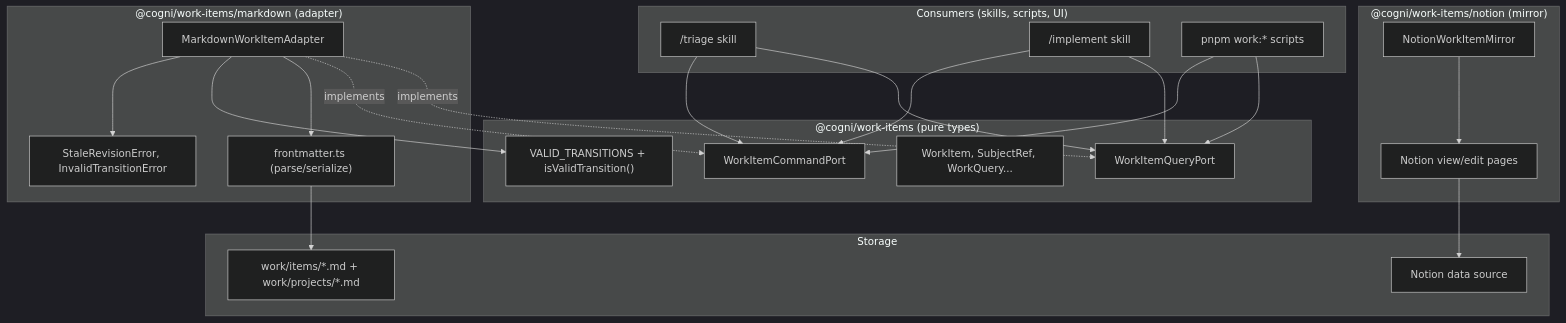
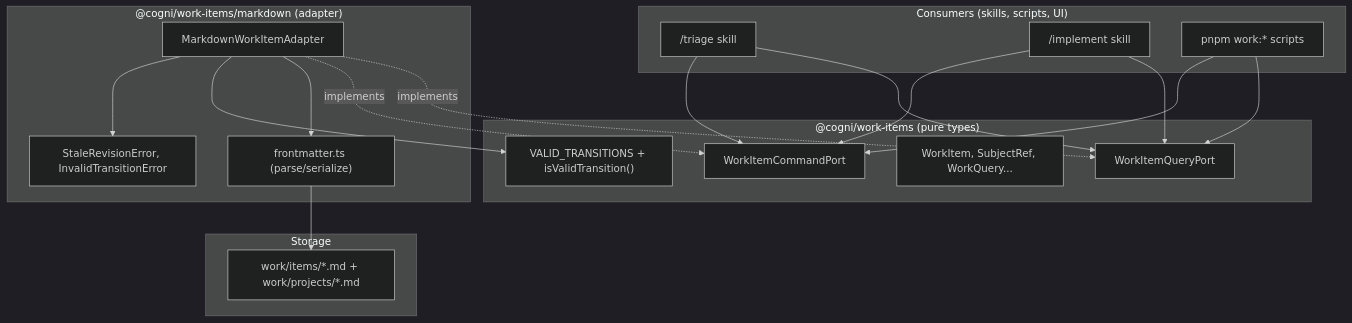
One commit to Cogni-DAO/cogni changed the first of 2 diagrams in docs/spec/work-items-port.md. Above: the diagram before and after it, drawn with Mermaid (dark theme). The commit also changed other lines of this file and 20 other files, not shown here.

````diff
--- a/docs/spec/work-items-port.md
+++ b/docs/spec/work-items-port.md
@@ -36,38 +35,31 @@
 ```mermaid
 graph TD
   subgraph "Consumers (skills, scripts, UI)"
     S1["/triage skill"]
     S2["/implement skill"]
     S3["pnpm work:* scripts"]
   end
 
   subgraph "@cogni/work-items (pure types)"
     QP["WorkItemQueryPort"]
     CP["WorkItemCommandPort"]
     T["WorkItem, SubjectRef, WorkQuery..."]
     TR["VALID_TRANSITIONS + isValidTransition()"]
   end
 
   subgraph "@cogni/work-items/markdown (adapter)"
     MA["MarkdownWorkItemAdapter"]
     FM["frontmatter.ts (parse/serialize)"]
     ER["StaleRevisionError, InvalidTransitionError"]
   end
 
-  subgraph "@cogni/work-items/notion (mirror)"
-    NM["NotionWorkItemMirror"]
-    DS["Notion view/edit pages"]
-  end
-
   subgraph "Storage"
     FS["work/items/*.md + work/projects/*.md"]
-    NT["Notion data source"]
   end
 
   S1 & S2 & S3 --> QP & CP
   MA -.implements.-> QP & CP
   MA --> FM --> FS
-  NM --> DS --> NT
   MA --> TR
   MA --> ER
 ```
````
